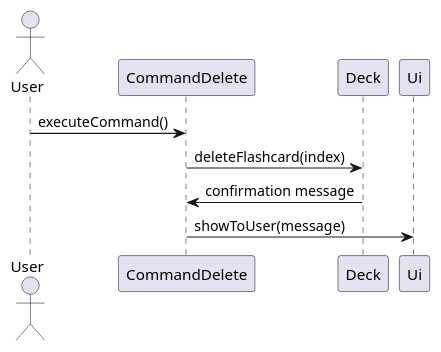
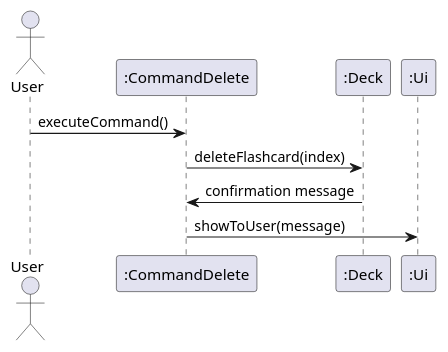
Before and after one commit to felfelyuen/tp: the diagram in docs/diagrams/DeleteSequenceDiagram.puml, drawn with PlantUML. The commit also changed 16 other files, not shown here.

Commit message:
edited diagrams and developer guide to include naming convention and updated diagrams

```diff
--- a/docs/diagrams/DeleteSequenceDiagram.puml
+++ b/docs/diagrams/DeleteSequenceDiagram.puml
@@ -1,7 +1,10 @@
 @startuml
 actor User
+participant ":CommandDelete" as CommandDelete
+participant ":Deck" as Deck
+participant ":Ui" as Ui
 User -> CommandDelete : executeCommand()
 CommandDelete -> Deck : deleteFlashcard(index)
 Deck -> CommandDelete : confirmation message
 CommandDelete -> Ui : showToUser(message)
 @enduml
```
